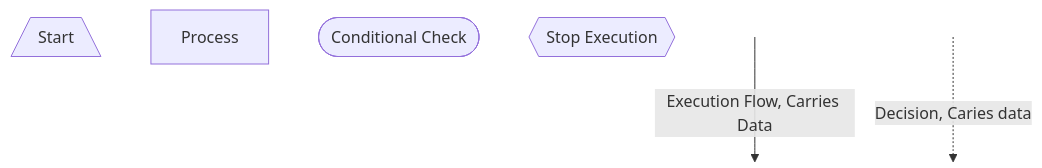
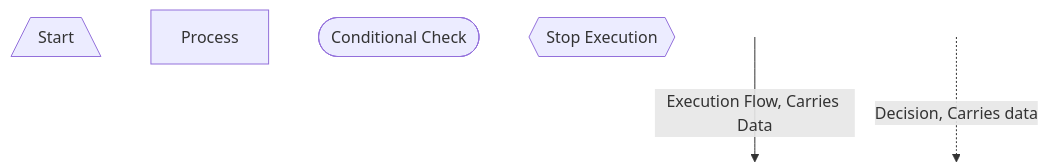
The first of 2 diagrams in docs/Reference/Architecture/Diagrams/Device-Commission.md (Software-Hardware-Integration-Lab/Documentation), drawn with Mermaid before and after one commit. The commit also changed 2 other files, not shown here.

Commit message:
Spelling
Fix spelling issue on diagram legend.

````diff
--- a/docs/Reference/Architecture/Diagrams/Device-Commission.md
+++ b/docs/Reference/Architecture/Diagrams/Device-Commission.md
@@ -13,15 +13,15 @@
 ``` mermaid
 flowchart TD
 
 Start[/"Start"\]
 Process["Process"]
 Conditional(["Conditional Check"])
 Stop{{"Stop Execution"}}
 
 start1[ ] --> | Execution Flow, Carries Data | end1[ ]
 style start1 height:0px;
 style end1 height:0px;
-start2[ ] -.-> | Decision, Caries data | end2[ ]
+start2[ ] -.-> | Decision, Carries data | end2[ ]
 style start2 height:0px;
 style end2 height:0px;
 ```
````
